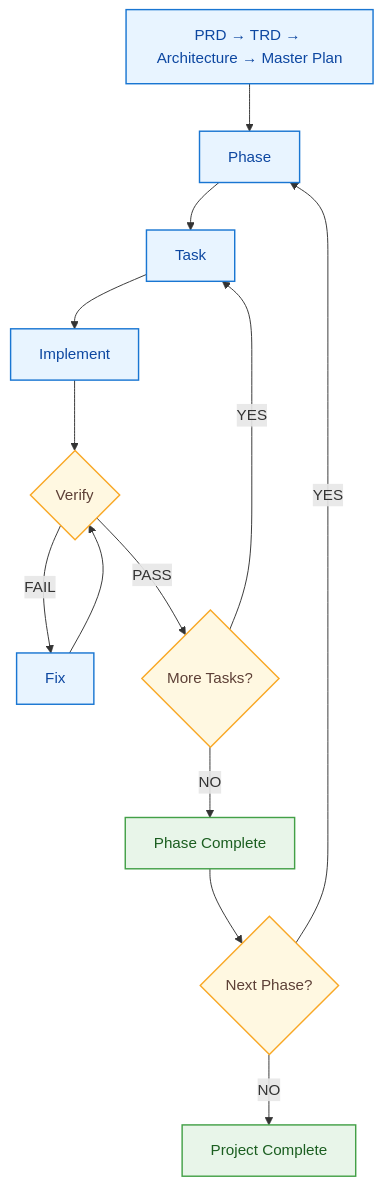
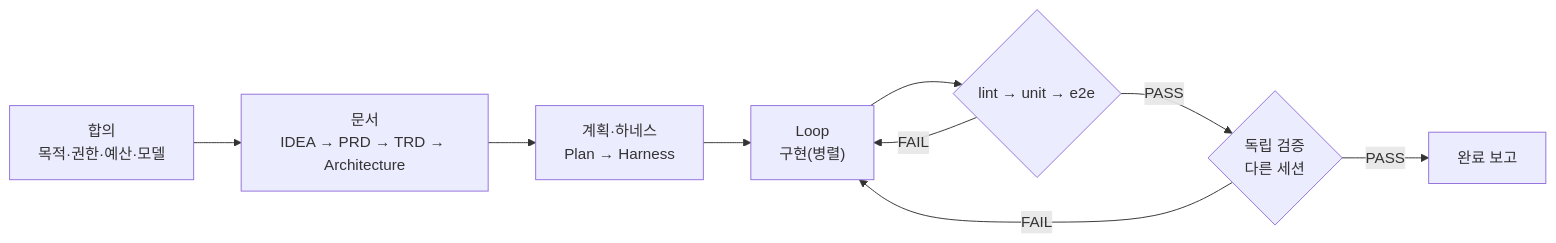
Before and after one commit to GangJaeYu/harness_loop_full_korean: the diagram in README.md, drawn with Mermaid. The commit also changed other lines of this file and 147 other files, not shown here.

````diff
--- a/README.md
+++ b/README.md
@@ -20,30 +20,11 @@
 ```mermaid
-flowchart TD
-    A["PRD → TRD → Architecture → Master Plan"]
-    
-    A --> B["Phase"]
-    B --> C["Task"]
-    C --> D["Implement"]
-    D --> E{"Verify"}
-
-    E -->|FAIL| F["Fix"]
-    F --> E
-
-    E -->|PASS| G{"More Tasks?"}
-
-    G -->|YES| C
-    G -->|NO| H["Phase Complete"]
-
-    H --> I{"Next Phase?"}
-
-    I -->|YES| B
-    I -->|NO| J["Project Complete"]
-
-    classDef process fill:#e8f4ff,stroke:#1976d2,stroke-width:1.5px,color:#0d47a1;
-    classDef decision fill:#fff8e1,stroke:#f9a825,stroke-width:1.5px,color:#5d4037;
-    classDef complete fill:#e8f5e9,stroke:#43a047,stroke-width:1.5px,color:#1b5e20;
-
-    class A,B,C,D,F process;
-    class E,G,I decision;
-    class H,J complete;
+flowchart LR
+    A["합의<br/>목적·권한·예산·모델"] --> B["문서<br/>IDEA → PRD → TRD → Architecture"]
+    B --> C["계획·하네스<br/>Plan → Harness"]
+    C --> D["Loop<br/>구현(병렬)"]
+    D --> E{"lint → unit → e2e"}
+    E -->|FAIL| D
+    E -->|PASS| F{"독립 검증<br/>다른 세션"}
+    F -->|FAIL| D
+    F -->|PASS| G["완료 보고"]
 ```
````
